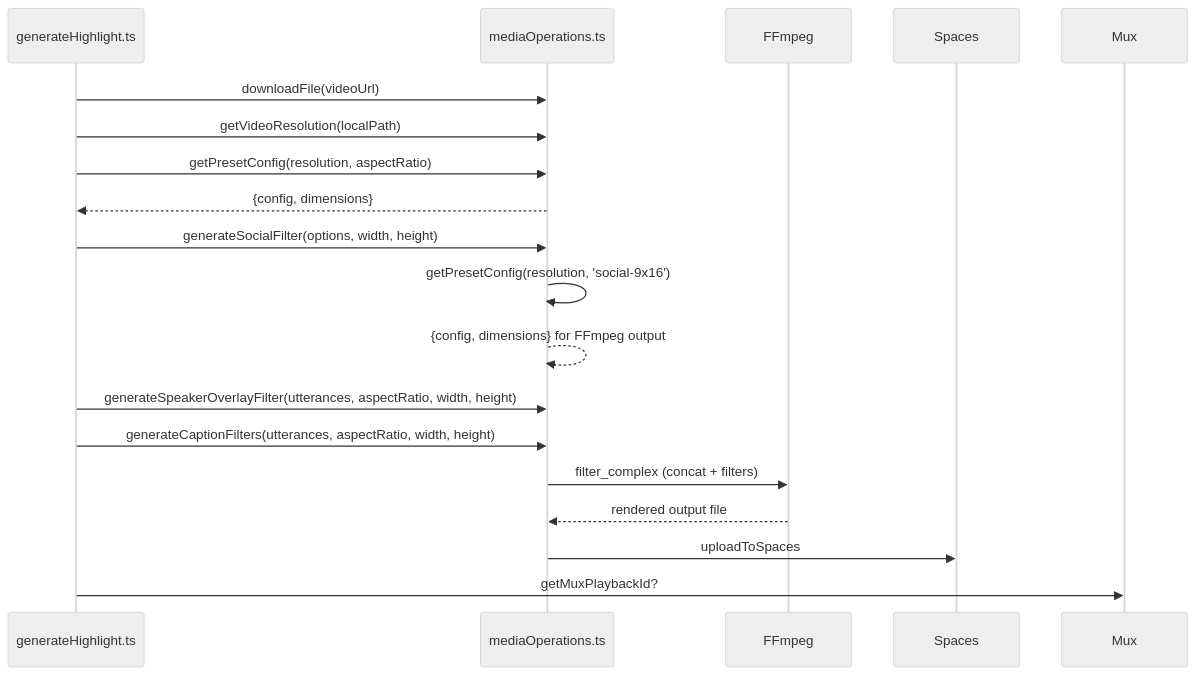
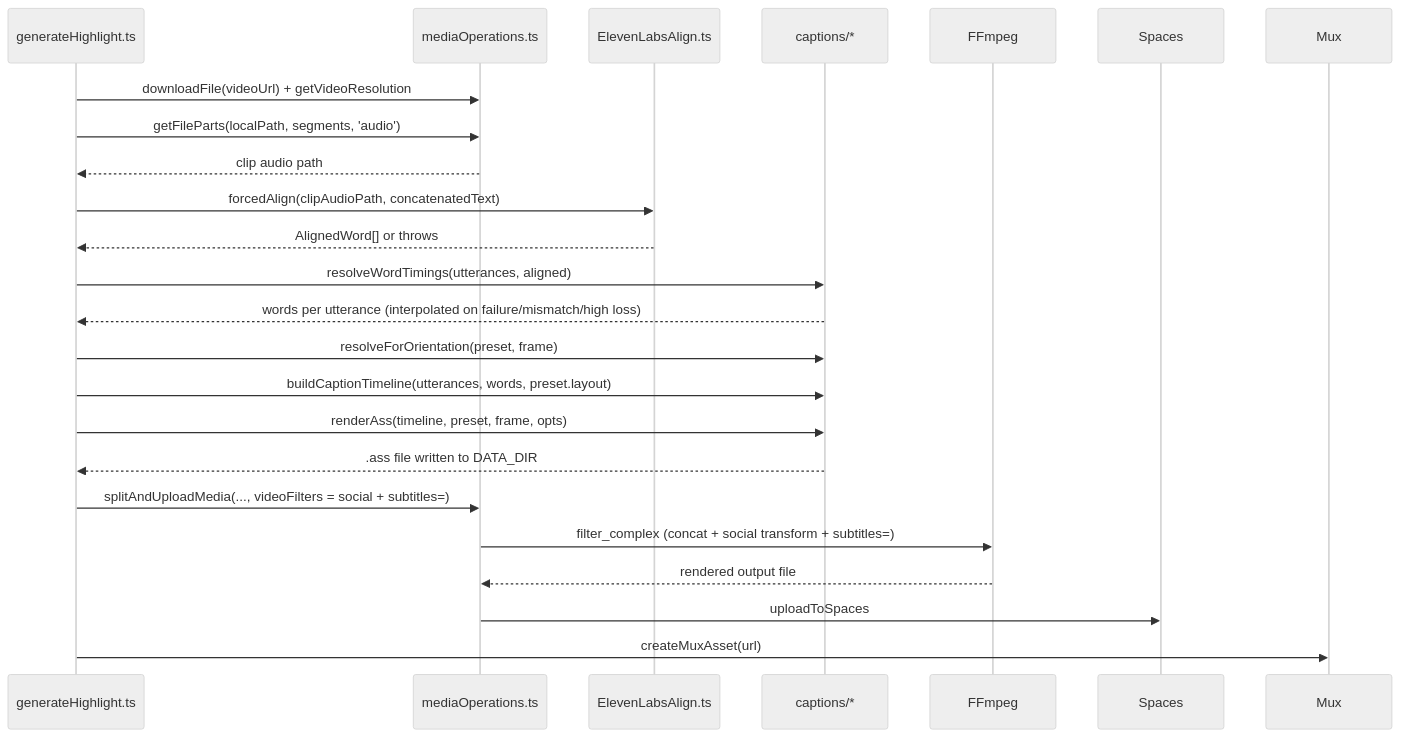
One commit to schemalabz/opencouncil-tasks changed the second of 2 diagrams in docs/generateHighlight.md. Above: the diagram before and after it, drawn with Mermaid (neutral theme). The commit also changed other lines of this file, not shown here.

First line of the commit message:
docs(highlight): document the ASS caption pipeline

````diff
--- a/docs/generateHighlight.md
+++ b/docs/generateHighlight.md
@@ -86,19 +94,24 @@
 ```mermaid
 sequenceDiagram
   participant GH as generateHighlight.ts
   participant MO as mediaOperations.ts
+  participant EL as ElevenLabsAlign.ts
+  participant CAP as captions/*
   participant FF as FFmpeg
-  GH->>MO: downloadFile(videoUrl)
-  GH->>MO: getVideoResolution(localPath)
-  GH->>MO: getPresetConfig(resolution, aspectRatio)
-  MO-->>GH: {config, dimensions}
-  GH->>MO: generateSocialFilter(options, width, height)
-  MO->>MO: getPresetConfig(resolution, 'social-9x16')
-  MO-->>MO: {config, dimensions} for FFmpeg output
-  GH->>MO: generateSpeakerOverlayFilter(utterances, aspectRatio, width, height)
-  GH->>MO: generateCaptionFilters(utterances, aspectRatio, width, height)
-  MO->>FF: filter_complex (concat + filters)
+  GH->>MO: downloadFile(videoUrl) + getVideoResolution
+  GH->>MO: getFileParts(localPath, segments, 'audio')
+  MO-->>GH: clip audio path
+  GH->>EL: forcedAlign(clipAudioPath, concatenatedText)
+  EL-->>GH: AlignedWord[] or throws
+  GH->>CAP: resolveWordTimings(utterances, aligned)
+  CAP-->>GH: words per utterance (interpolated on failure/mismatch/high loss)
+  GH->>CAP: resolveForOrientation(preset, frame)
+  GH->>CAP: buildCaptionTimeline(utterances, words, preset.layout)
+  GH->>CAP: renderAss(timeline, preset, frame, opts)
+  CAP-->>GH: .ass file written to DATA_DIR
+  GH->>MO: splitAndUploadMedia(..., videoFilters = social + subtitles=)
+  MO->>FF: filter_complex (concat + social transform + subtitles=)
   FF-->>MO: rendered output file
   MO->>Spaces: uploadToSpaces
-  GH->>Mux: getMuxPlaybackId?
+  GH->>Mux: createMuxAsset(url)
 ```
````
